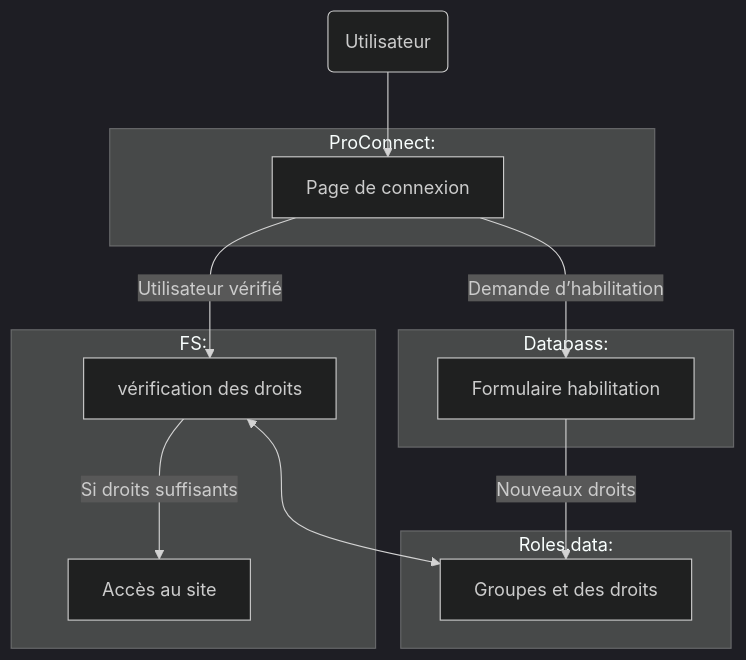
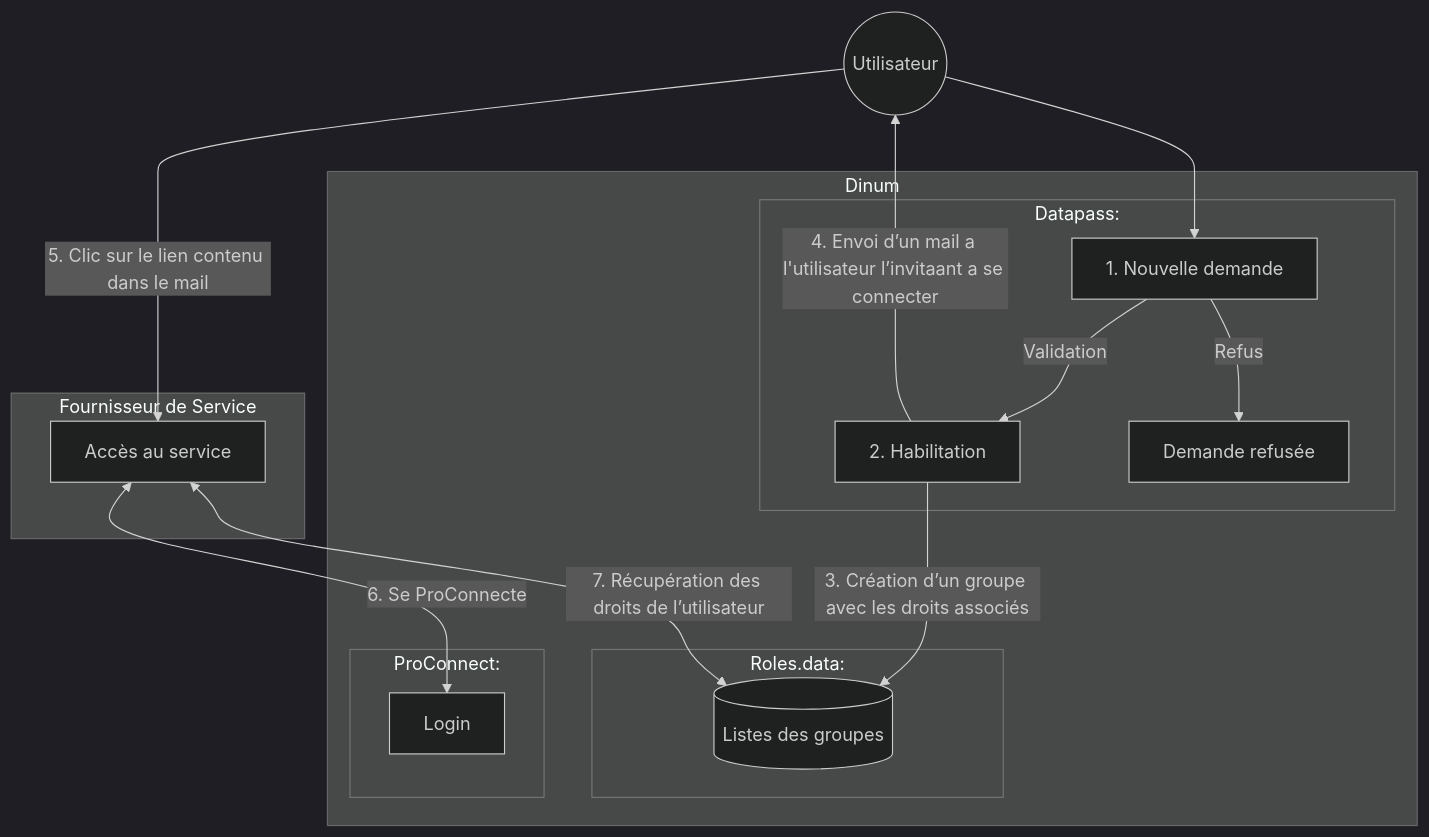
Before and after one commit to datagouv/roles.data: the diagram in PRESENTATION.md, drawn with Mermaid (dark theme). The commit also changed other lines of this file, not shown here.

````diff
--- a/PRESENTATION.md
+++ b/PRESENTATION.md
@@ -57,18 +5,24 @@
 ```mermaid
 flowchart TD
-    U(Utilisateur)-->C
-    subgraph ProConnect:        
-        C[Page de connexion]
+    U((Utilisateur))
+    U-->D
+    subgraph Dinum
+        subgraph Datapass:        
+            D[1. Nouvelle demande]-->|Validation|C[2. Habilitation]
+            D-->|Refus|X[Demande refusée]
+        end
+        subgraph Roles.data:
+            C-->|3. Création d’un groupe avec les droits associés| R[(Listes des groupes)]
+        end
+        subgraph ProConnect:
+            L[Login]
+        end
     end
-    subgraph FS:
-        V[vérification des droits] -->|Si droits suffisants| A[Accès au site]
-    end
-    subgraph "Roles.data": 
-        C-->|Utilisateur vérifié| V
-        V<-->B[Groupes et des droits]
-    end
-    subgraph "Datapass":        
-        C -->|Demande d’habilitation| H[Formulaire habilitation]
-        H-->|Nouveaux droits| B
+    C-->|4. Envoi d’un mail a l'utilisateur l’invitaant a se connecter| U
+    U-->|5. Clic sur le lien contenu dans le mail|A
+    A<-->|6. Se ProConnecte|L
+    subgraph Fournisseur de Service
+        A[Accès au service]
+        A<-->|7. Récupération des droits de l’utilisateur|R
     end
 ```
````
